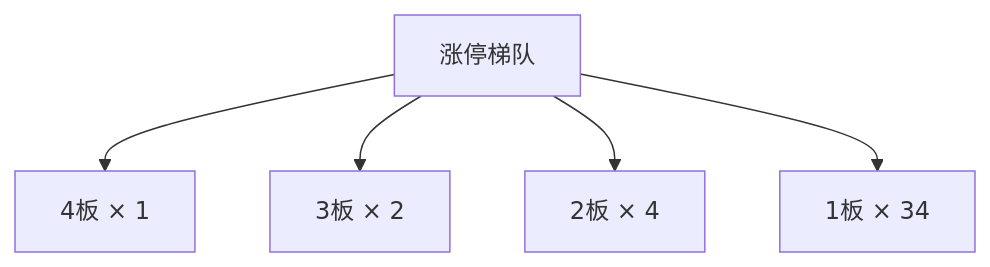
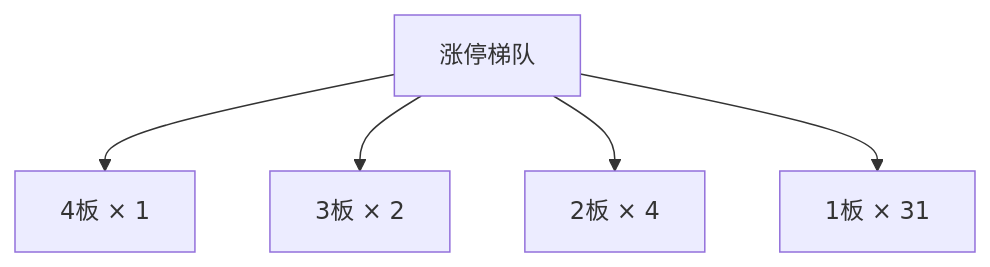
The second of 3 diagrams in content/投研交易/盘中分析/20261113.md (chenyang1999/chzl-kg), drawn with Mermaid before and after one commit. The commit also changed other lines of this file and 3 other files, not shown here.

````diff
--- a/content/投研交易/盘中分析/20261113.md
+++ b/content/投研交易/盘中分析/20261113.md
@@ -70,12 +71,12 @@
 ```mermaid
 flowchart TD
     B_0["4板 × 1"]
     B_1["3板 × 2"]
     B_2["2板 × 4"]
-    B_3["1板 × 34"]
+    B_3["1板 × 31"]
     ROOT["涨停梯队"]
     ROOT --> B_0
     ROOT --> B_1
     ROOT --> B_2
     ROOT --> B_3
 ```
````
